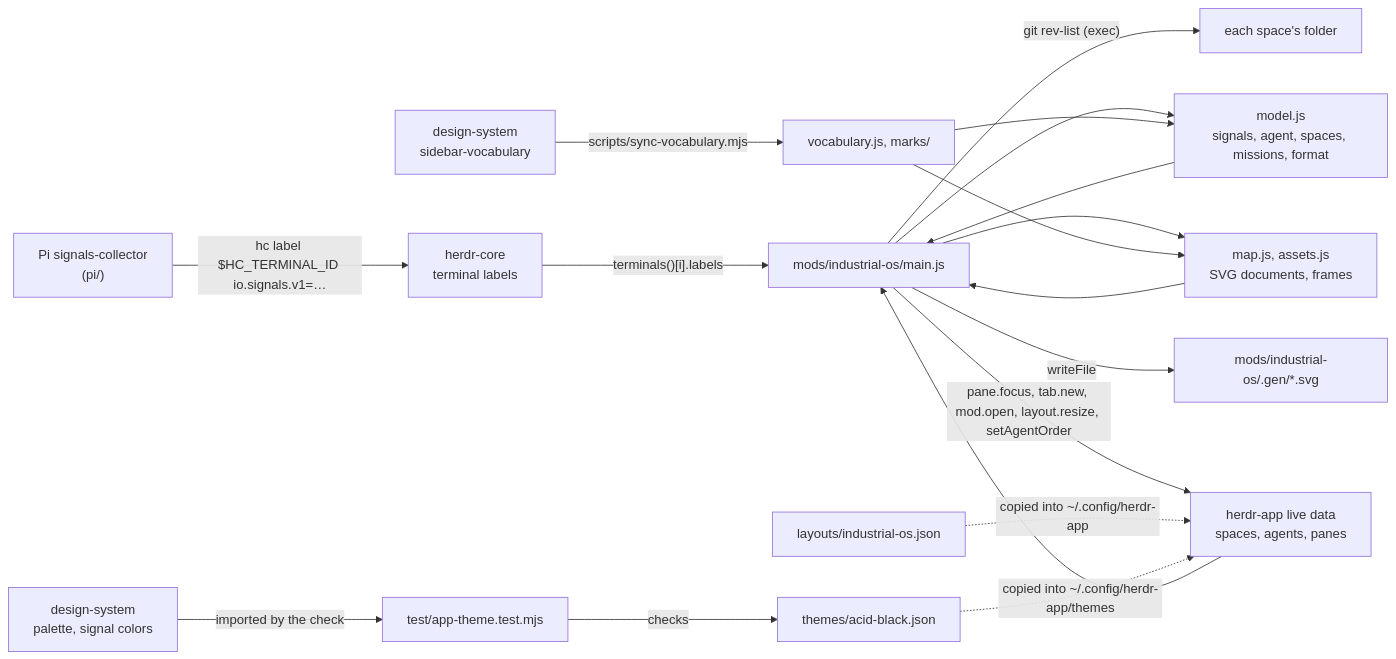
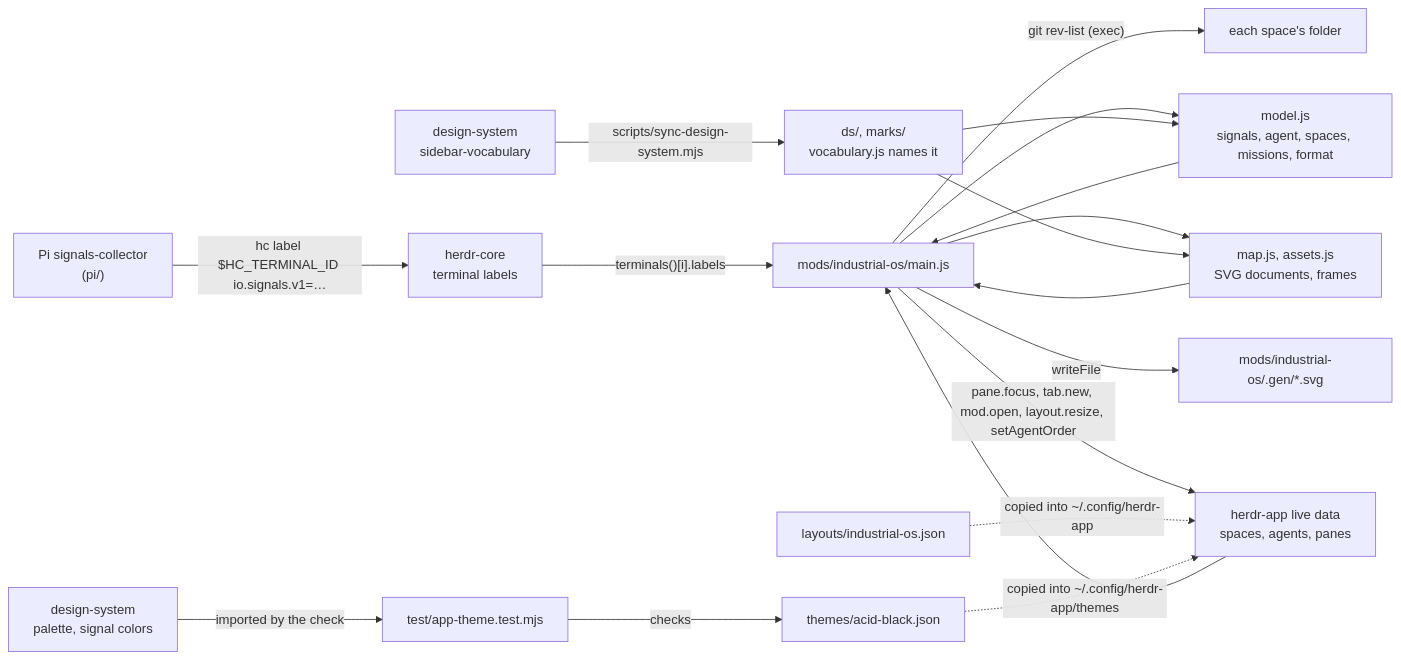
One commit to jigenator/industrial-os changed the first of 2 diagrams in herdr/docs/architecture.md. Above: the diagram before and after it, drawn with Mermaid. The commit also changed other lines of this file and 33 other files, not shown here.

````diff
--- a/herdr/docs/architecture.md
+++ b/herdr/docs/architecture.md
@@ -55,20 +55,20 @@
 ```mermaid
 flowchart LR
     Pi["Pi signals-collector<br/>(pi/)"] -->|"hc label $HC_TERMINAL_ID io.signals.v1=…"| Core["herdr-core<br/>terminal labels"]
     Core -->|"terminals()[i].labels"| Main["mods/industrial-os/main.js"]
     App["herdr-app live data<br/>spaces, agents, panes"] --> Main
     Main -->|"git rev-list (exec)"| Git["each space's folder"]
     Main --> Model["model.js<br/>signals, agent, spaces, missions, format"]
     Model --> Main
     Main --> Draw["map.js, assets.js<br/>SVG documents, frames"]
     Draw --> Main
     Main -->|"writeFile"| Gen["mods/industrial-os/.gen/*.svg"]
     Main -->|"pane.focus, tab.new, mod.open, layout.resize, setAgentOrder"| App
-    Vocab["design-system<br/>sidebar-vocabulary"] -->|"scripts/sync-vocabulary.mjs"| Copy["vocabulary.js, marks/"]
+    Vocab["design-system<br/>sidebar-vocabulary"] -->|"scripts/sync-design-system.mjs"| Copy["ds/, marks/<br/>vocabulary.js names it"]
     Copy --> Model
     Copy --> Draw
     Layout["layouts/industrial-os.json"] -.->|copied into ~/.config/herdr-app| App
     DS["design-system<br/>palette, signal colors"] -->|imported by the check| ThemeTest["test/app-theme.test.mjs"]
     ThemeTest -->|checks| AppTheme["themes/acid-black.json"]
     AppTheme -.->|copied into ~/.config/herdr-app/themes| App
 ```
````
